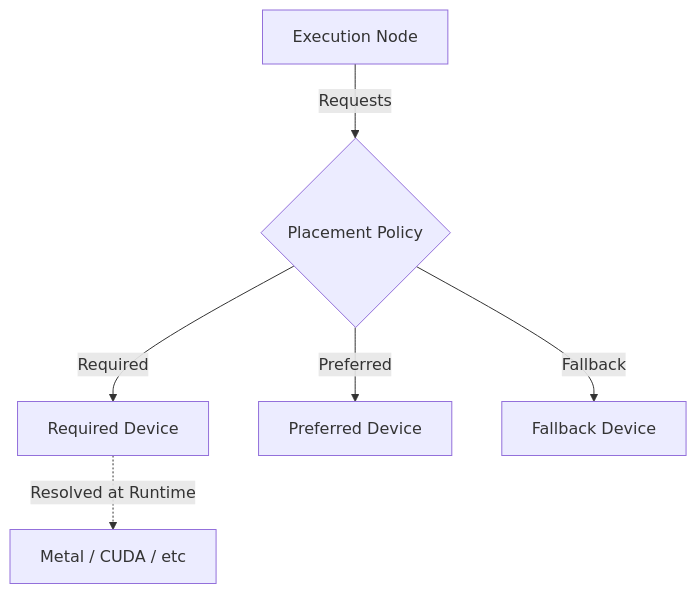
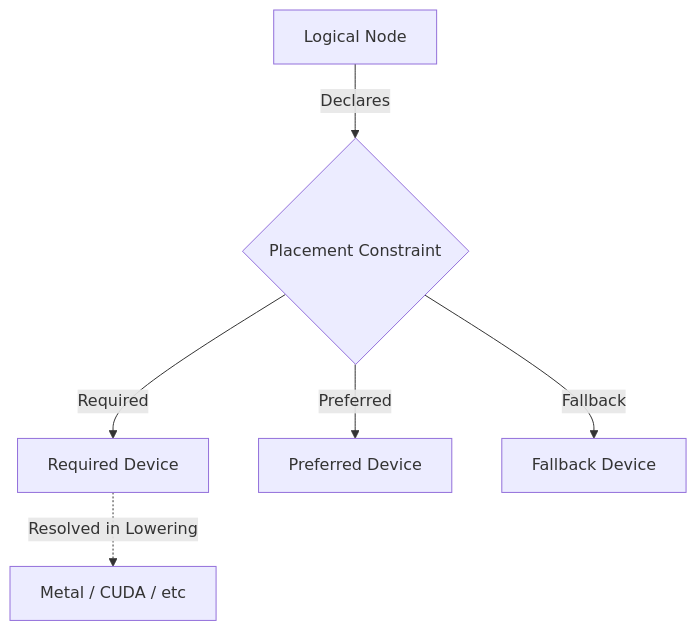
One commit to techychamp/one changed the fifth of 5 diagrams in RAES-011.md. Above: the diagram before and after it, drawn with Mermaid. The commit also changed other lines of this file, not shown here.

Commit message:
docs: Add RAES-011 Architecture Specification for Execution IR

````diff
--- a/RAES-011.md
+++ b/RAES-011.md
@@ -259,9 +277,9 @@
 ```mermaid
 graph TD
-    Node[Execution Node] -->|Requests| Req
-    Req{Placement Policy}
+    Node[Logical Node] -->|Declares| Req
+    Req{Placement Constraint}
     Req -->|Required| D1[Required Device]
     Req -->|Preferred| D2[Preferred Device]
     Req -->|Fallback| D3[Fallback Device]
-    D1 -.->|Resolved at Runtime| Metal[Metal / CUDA / etc]
+    D1 -.->|Resolved in Lowering| Metal[Metal / CUDA / etc]
 ```
````
